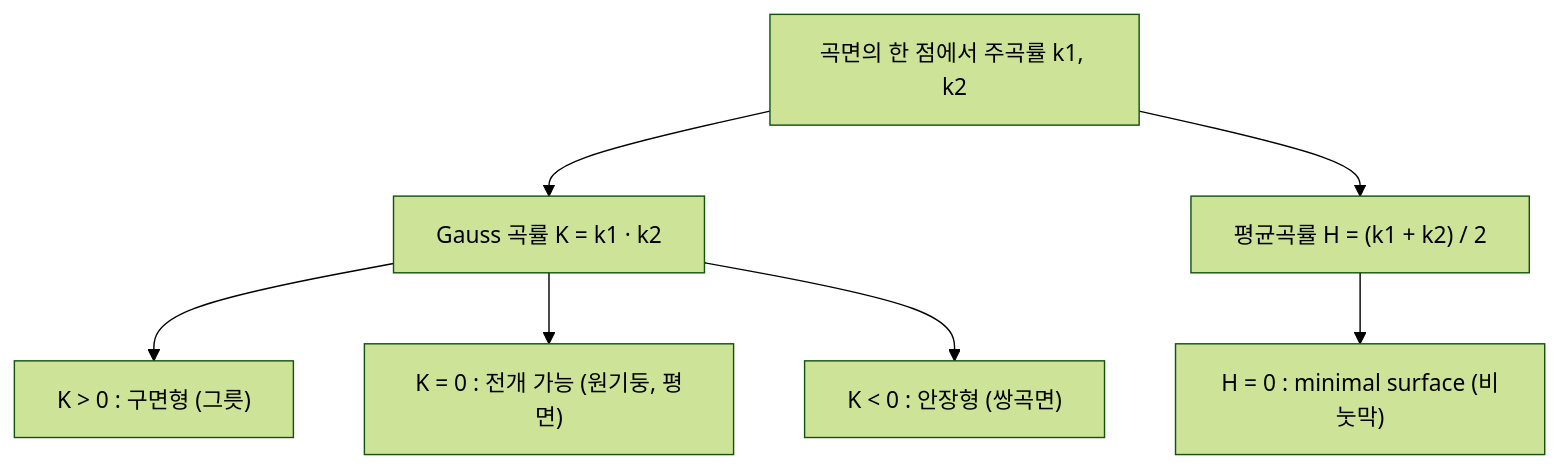
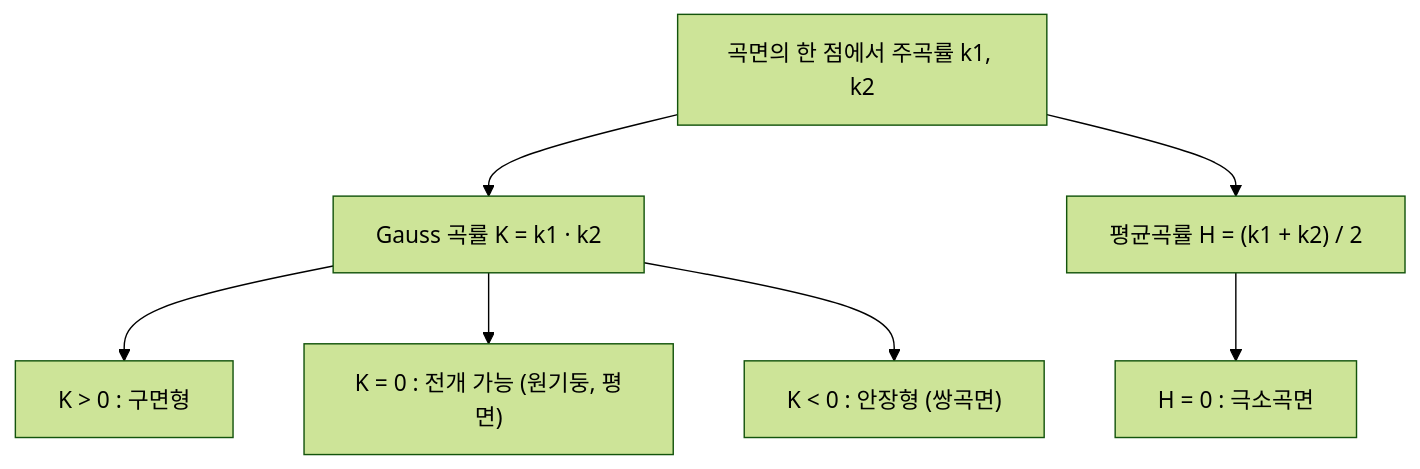
The diagram in docs/curvature.md (Phryxia/math-map), drawn with Mermaid (forest theme) before and after one commit. The commit also changed 1 other file, not shown here.

Commit message:
drop the vessel and fence metaphors and the English label in curvature diagram
class-field-theory 의 그릇, dominated-convergence 의 울타리를 정의로 바꾸고
curvature 지도의 minimal surface 를 극소곡면으로 고쳤다.

Claude-Session: https://claude.ai/code/session_01SL2M6TFjGTkVKm4eAarK8h

````diff
--- a/docs/curvature.md
+++ b/docs/curvature.md
@@ -13,10 +13,10 @@
 ```mermaid
 flowchart TB
   P["곡면의 한 점에서 주곡률 k1, k2"]
   P --> G["Gauss 곡률 K = k1 · k2"]
   P --> H["평균곡률 H = (k1 + k2) / 2"]
-  G --> S["K > 0 : 구면형 (그릇)"]
+  G --> S["K > 0 : 구면형"]
   G --> F["K = 0 : 전개 가능 (원기둥, 평면)"]
   G --> N["K < 0 : 안장형 (쌍곡면)"]
-  H --> M["H = 0 : minimal surface (비눗막)"]
+  H --> M["H = 0 : 극소곡면"]
 ```
````
